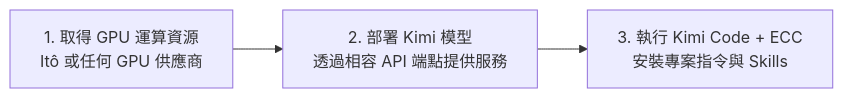
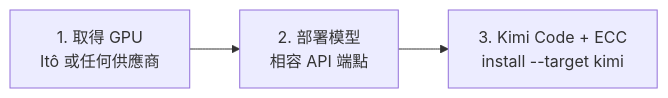
Before and after one commit to chihhung/Blog: the eighth of 29 diagrams in content/posts/教學/AI開發/Everything Claude Code 教學手冊.md, drawn with Mermaid. The commit also changed other lines of this file, not shown here.

Commit message:
docs: update Everything Claude code 教學手冊

````diff
--- a/content/posts/教學/AI開發/Everything Claude Code 教學手冊.md
+++ b/content/posts/教學/AI開發/Everything Claude Code 教學手冊.md
@@ -1685,5 +2167,5 @@
 ```mermaid
 graph LR
-    A["1. 取得 GPU 運算資源<br/>Itô 或任何 GPU 供應商"] --> B["2. 部署 Kimi 模型<br/>透過相容 API 端點提供服務"]
-    B --> C["3. 執行 Kimi Code + ECC<br/>安裝專案指令與 Skills"]
+    A["1. 取得 GPU<br/>Itô 或任何供應商"] --> B["2. 部署模型<br/>相容 API 端點"]
+    B --> C["3. Kimi Code + ECC<br/>install --target kimi"]
 ```
````
